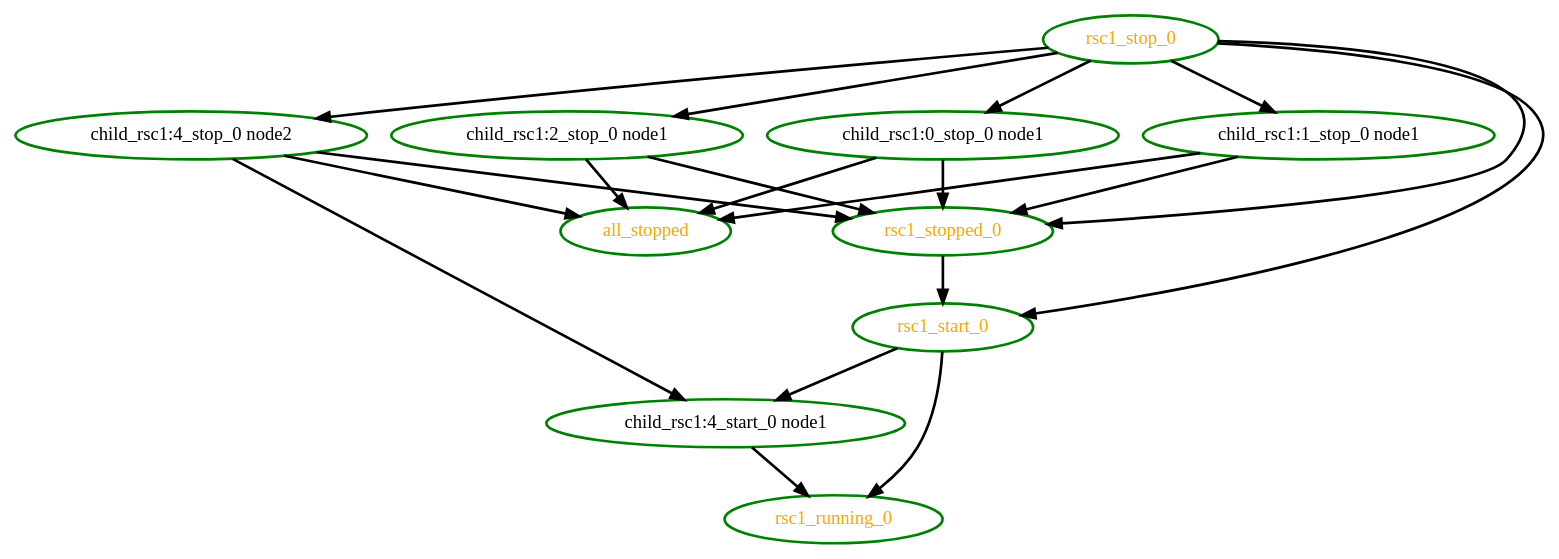
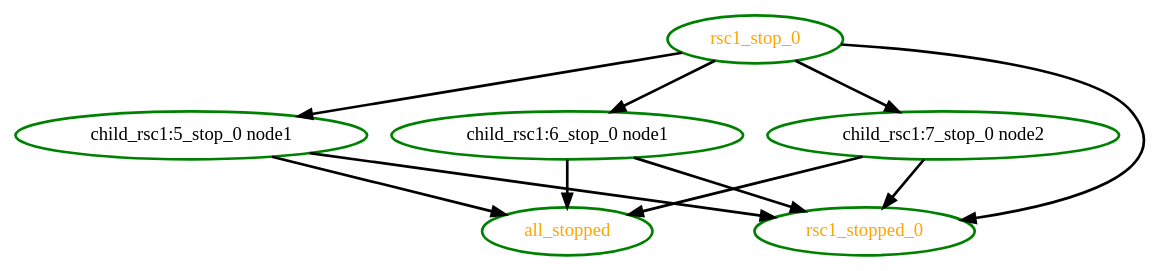
Before and after one commit to linux-ha-japan/pm_diskd: the diagram in pengine/test10/inc9.dot, drawn with Graphviz. The commit also changed 5 other files, not shown here.

```diff
--- a/pengine/test10/inc9.dot
+++ b/pengine/test10/inc9.dot
@@ -1,31 +1,18 @@
  digraph "g" {
 "all_stopped" [ style=bold color="green" fontcolor="orange"  ]
-"child_rsc1:0_stop_0 node1" -> "all_stopped" [ style = bold]
-"child_rsc1:0_stop_0 node1" -> "rsc1_stopped_0" [ style = bold]
-"child_rsc1:0_stop_0 node1" [ style=bold color="green" fontcolor="black"  ]
-"child_rsc1:1_stop_0 node1" -> "all_stopped" [ style = bold]
-"child_rsc1:1_stop_0 node1" -> "rsc1_stopped_0" [ style = bold]
-"child_rsc1:1_stop_0 node1" [ style=bold color="green" fontcolor="black"  ]
-"child_rsc1:2_stop_0 node1" -> "all_stopped" [ style = bold]
-"child_rsc1:2_stop_0 node1" -> "rsc1_stopped_0" [ style = bold]
-"child_rsc1:2_stop_0 node1" [ style=bold color="green" fontcolor="black" ]
-"child_rsc1:4_start_0 node1" -> "rsc1_running_0" [ style = bold]
-"child_rsc1:4_start_0 node1" [ style=bold color="green" fontcolor="black"  ]
-"child_rsc1:4_stop_0 node2" -> "all_stopped" [ style = bold]
-"child_rsc1:4_stop_0 node2" -> "child_rsc1:4_start_0 node1" [ style = bold]
-"child_rsc1:4_stop_0 node2" -> "rsc1_stopped_0" [ style = bold]
-"child_rsc1:4_stop_0 node2" [ style=bold color="green" fontcolor="black"  ]
-"rsc1_running_0" [ style=bold color="green" fontcolor="orange"  ]
-"rsc1_start_0" -> "child_rsc1:4_start_0 node1" [ style = bold]
-"rsc1_start_0" -> "rsc1_running_0" [ style = bold]
-"rsc1_start_0" [ style=bold color="green" fontcolor="orange"  ]
-"rsc1_stop_0" -> "child_rsc1:0_stop_0 node1" [ style = bold]
-"rsc1_stop_0" -> "child_rsc1:1_stop_0 node1" [ style = bold]
-"rsc1_stop_0" -> "child_rsc1:2_stop_0 node1" [ style = bold]
-"rsc1_stop_0" -> "child_rsc1:4_stop_0 node2" [ style = bold]
-"rsc1_stop_0" -> "rsc1_start_0" [ style = bold]
+"child_rsc1:5_stop_0 node1" -> "all_stopped" [ style = bold]
+"child_rsc1:5_stop_0 node1" -> "rsc1_stopped_0" [ style = bold]
+"child_rsc1:5_stop_0 node1" [ style=bold color="green" fontcolor="black"  ]
+"child_rsc1:6_stop_0 node1" -> "all_stopped" [ style = bold]
+"child_rsc1:6_stop_0 node1" -> "rsc1_stopped_0" [ style = bold]
+"child_rsc1:6_stop_0 node1" [ style=bold color="green" fontcolor="black"  ]
+"child_rsc1:7_stop_0 node2" -> "all_stopped" [ style = bold]
+"child_rsc1:7_stop_0 node2" -> "rsc1_stopped_0" [ style = bold]
+"child_rsc1:7_stop_0 node2" [ style=bold color="green" fontcolor="black"  ]
+"rsc1_stop_0" -> "child_rsc1:5_stop_0 node1" [ style = bold]
+"rsc1_stop_0" -> "child_rsc1:6_stop_0 node1" [ style = bold]
+"rsc1_stop_0" -> "child_rsc1:7_stop_0 node2" [ style = bold]
 "rsc1_stop_0" -> "rsc1_stopped_0" [ style = bold]
 "rsc1_stop_0" [ style=bold color="green" fontcolor="orange" ]
-"rsc1_stopped_0" -> "rsc1_start_0" [ style = bold]
 "rsc1_stopped_0" [ style=bold color="green" fontcolor="orange" ]
 }
```
